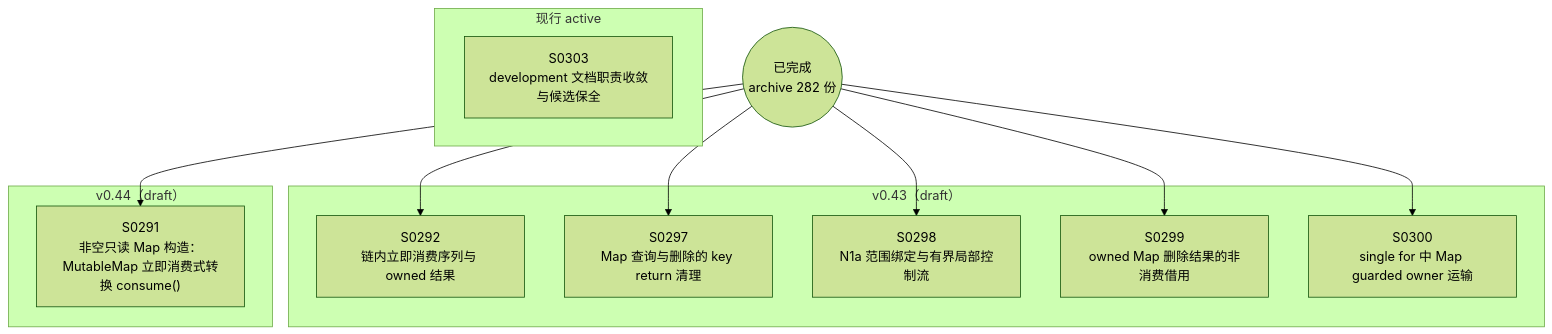
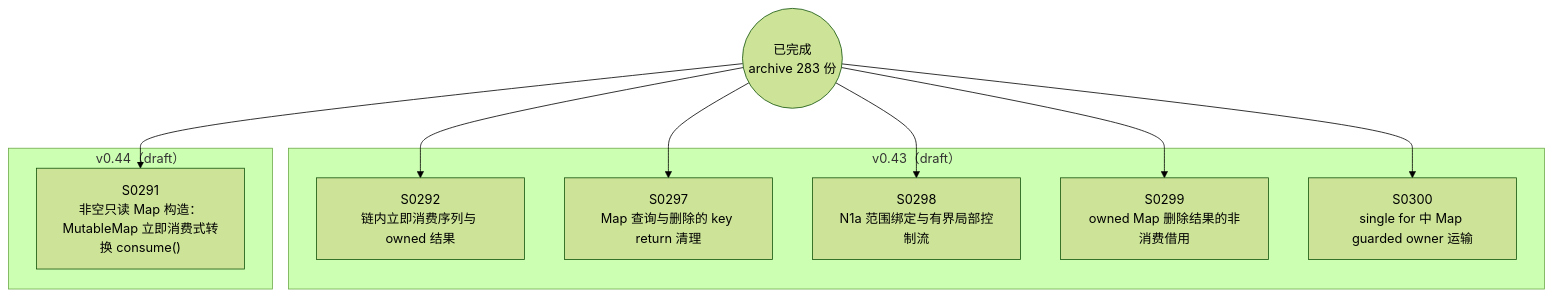
Before and after one commit to Halckon/Koven: the diagram in docs/specs/dependency-graph.md, drawn with Mermaid (forest theme). The commit also changed other lines of this file and 8 other files, not shown here.

Commit message:
docs(spec): archive verified development consolidation (SPEC-0303)

````diff
--- a/docs/specs/dependency-graph.md
+++ b/docs/specs/dependency-graph.md
@@ -9,23 +9,20 @@
 ```mermaid
 flowchart TD
-ARCH(("已完成<br/>archive 282 份"))
-subgraph Gactive["现行 active"]
-  S0303["S0303<br/>development 文档职责收敛与候选保全"]
-end
+ARCH(("已完成<br/>archive 283 份"))
 subgraph Gdrafts_v043["v0.43（draft）"]
   S0292["S0292<br/>链内立即消费序列与 owned 结果"]
   S0297["S0297<br/>Map 查询与删除的 key return 清理"]
   S0298["S0298<br/>N1a 范围绑定与有界局部控制流"]
   S0299["S0299<br/>owned Map 删除结果的非消费借用"]
   S0300["S0300<br/>single for 中 Map guarded owner 运输"]
 end
 subgraph Gdrafts_v044["v0.44（draft）"]
   S0291["S0291<br/>非空只读 Map 构造：MutableMap 立即消费式转换 consume()"]
 end
 ARCH --> S0291
 ARCH --> S0292
 ARCH --> S0297
 ARCH --> S0298
 ARCH --> S0299
 ARCH --> S0300
 ```
````
